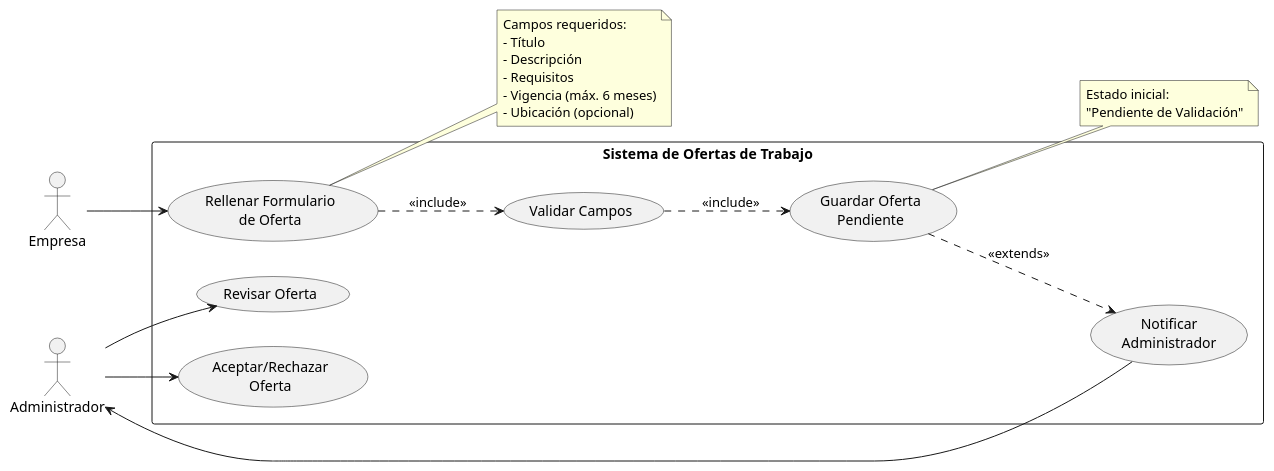
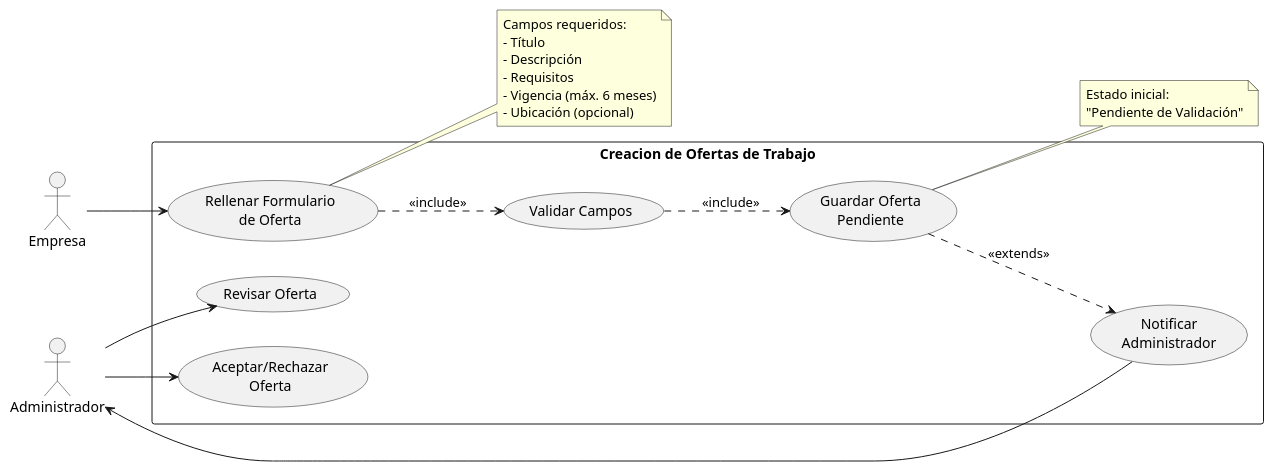
The diagram in modelosUML/CasosDeUso/diagramas/crearOfertaTrabajo.puml (mmasias/24-25-IdSw1-SDR), drawn with PlantUML before and after one commit. The commit also changed 2 other files, not shown here.

```diff
--- a/modelosUML/CasosDeUso/diagramas/crearOfertaTrabajo.puml
+++ b/modelosUML/CasosDeUso/diagramas/crearOfertaTrabajo.puml
@@ -1,38 +1,38 @@
 @startuml
 left to right direction
 skinparam packageStyle rectangle
 
 actor "Empresa" as empresa
 actor "Administrador" as admin
 
-rectangle "Sistema de Ofertas de Trabajo" {
+rectangle "Creacion de Ofertas de Trabajo" {
   usecase "Rellenar Formulario\nde Oferta" as UC1
   usecase "Validar Campos" as UC2
   usecase "Guardar Oferta\nPendiente" as UC3
   usecase "Notificar\nAdministrador" as UC4
   usecase "Revisar Oferta" as UC5
   usecase "Aceptar/Rechazar\nOferta" as UC6
 }
 
 empresa --> UC1
 UC1 ..> UC2 : <<include>>
 UC2 ..> UC3 : <<include>>
 UC3 ..> UC4 : <<extends>>
 UC4 --> admin
 admin --> UC5
 admin --> UC6
 
 note right of UC1
   Campos requeridos:
   - Título
   - Descripción
   - Requisitos
   - Vigencia (máx. 6 meses)
   - Ubicación (opcional)
 end note
 
 note right of UC3
   Estado inicial:
   "Pendiente de Validación"
 end note
 @enduml
```
